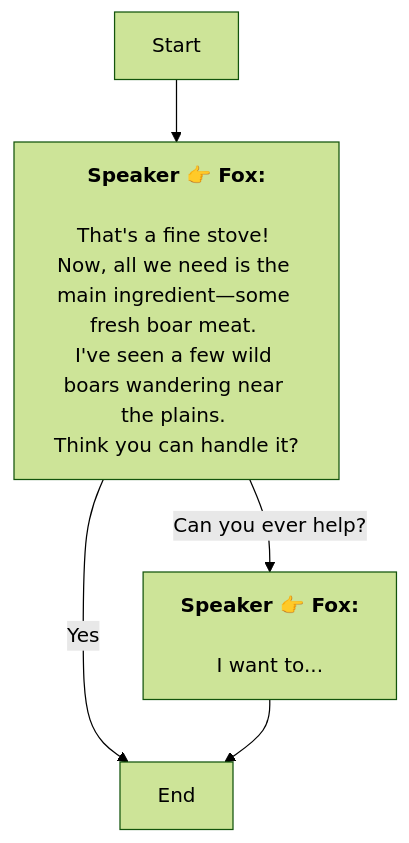
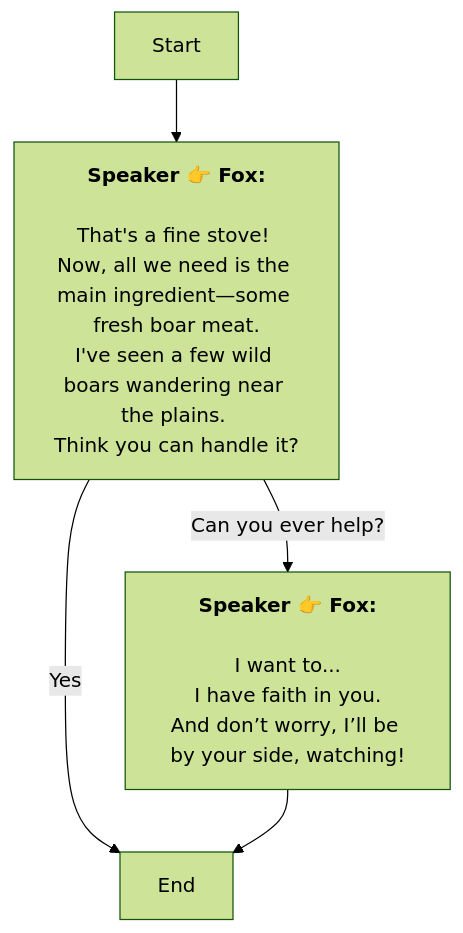
Before and after one commit to SoftHu/tos_avg: the diagram in Zh/QuestStartTalkENode_1768893216400430.md, drawn with Mermaid (forest theme). The commit also changed 410 other files, not shown here.

````diff
--- a/Zh/QuestStartTalkENode_1768893216400430.md
+++ b/Zh/QuestStartTalkENode_1768893216400430.md
@@ -1,12 +1,13 @@
 ```mermaid
 graph
 Start -->1768893252997169[<b>Speaker 👉 Fox:</b>
 \nThat's a fine stove! 
-Now, all we need is the main ingredient—some fresh boar meat. \nI've seen a few wild boars wandering near the plains. 
+Now, all we need is the main ingredient—some fresh boar meat.\nI've seen a few wild boars wandering near the plains. 
 Think you can handle it?]
 1768893252997169 -->|Can you ever help?|1768893303806007[<b>Speaker 👉 Fox:</b>
-\nI want to...]
+\nI want to...\nI have faith in you.
+And don’t worry, I’ll be by your side, watching!]
 1768893252997169 -->|Yes|1768893307619384[End]
 1768893303806007 -->1768893307619384[End]
 
 ```
````
